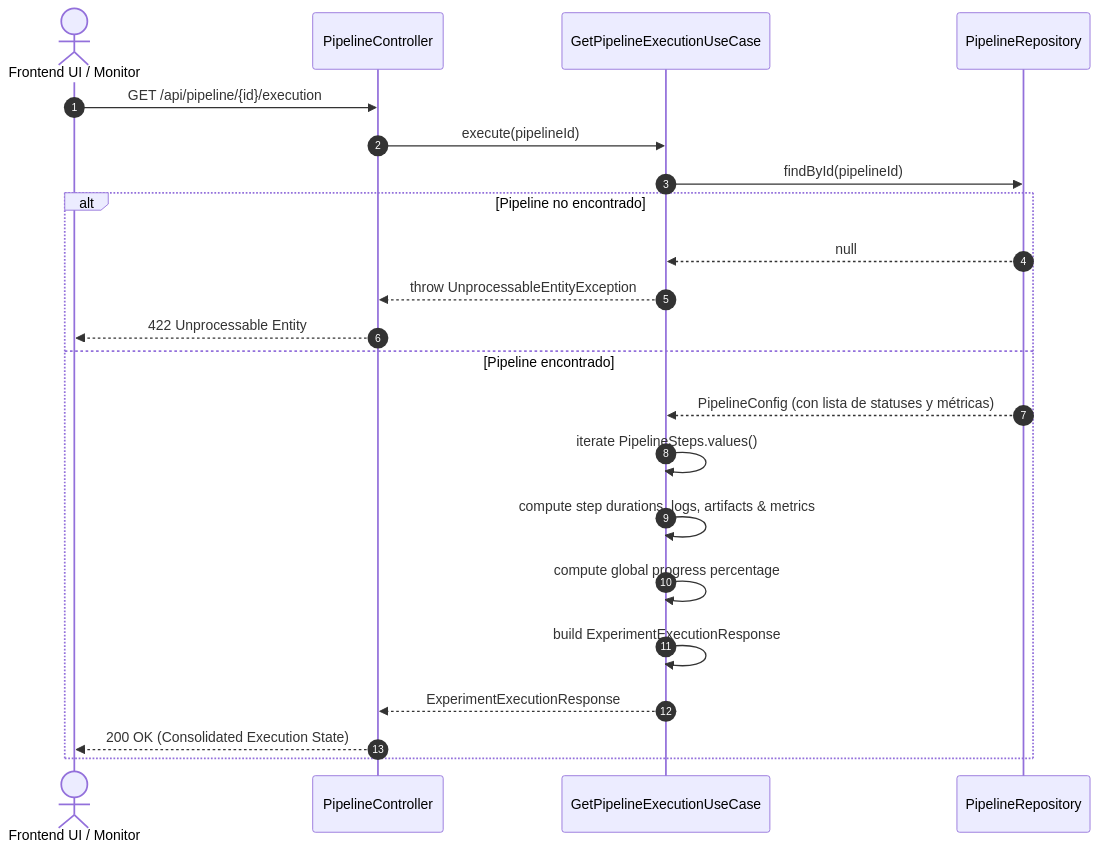
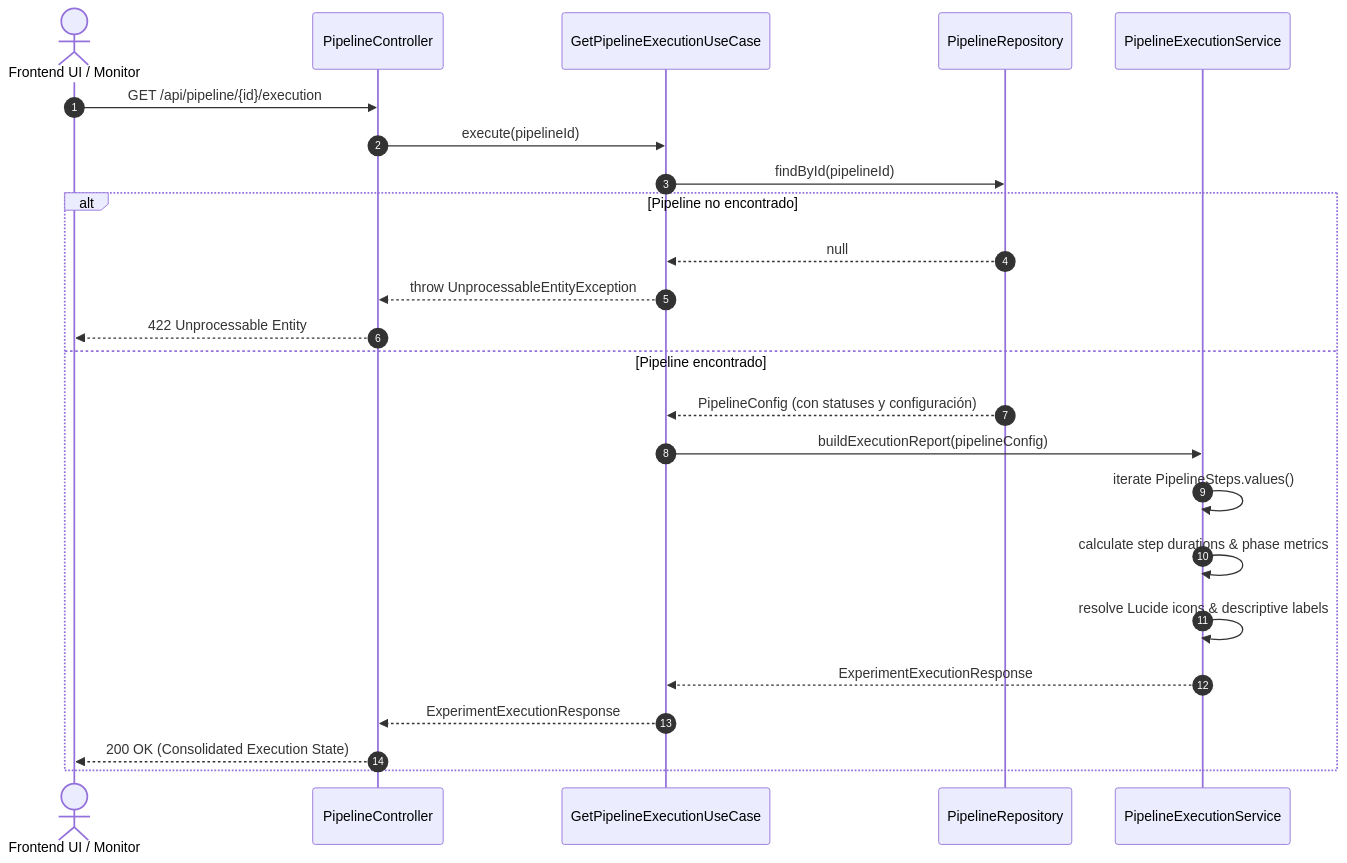
Before and after one commit to Biopatternsg-ms/config-and-control: the diagram in .agents/use_cases/GetPipelineExecutionUseCase.md, drawn with Mermaid. The commit also changed other lines of this file and 30 other files, not shown here.

````diff
--- a/.agents/use_cases/GetPipelineExecutionUseCase.md
+++ b/.agents/use_cases/GetPipelineExecutionUseCase.md
@@ -31,25 +27,27 @@
 ```mermaid
 sequenceDiagram
     autonumber
     actor Frontend as Frontend UI / Monitor
     participant Controller as PipelineController
     participant UseCase as GetPipelineExecutionUseCase
     participant Repo as PipelineRepository
+    participant Service as PipelineExecutionService
 
     Frontend->>Controller: GET /api/pipeline/{id}/execution
     Controller->>UseCase: execute(pipelineId)
     UseCase->>Repo: findById(pipelineId)
     alt Pipeline no encontrado
         Repo-->>UseCase: null
         UseCase-->>Controller: throw UnprocessableEntityException
         Controller-->>Frontend: 422 Unprocessable Entity
     else Pipeline encontrado
-        Repo-->>UseCase: PipelineConfig (con lista de statuses y métricas)
-        UseCase->>UseCase: iterate PipelineSteps.values()
-        UseCase->>UseCase: compute step durations, logs, artifacts & metrics
-        UseCase->>UseCase: compute global progress percentage
-        UseCase->>UseCase: build ExperimentExecutionResponse
+        Repo-->>UseCase: PipelineConfig (con statuses y configuración)
+        UseCase->>Service: buildExecutionReport(pipelineConfig)
+        Service->>Service: iterate PipelineSteps.values()
+        Service->>Service: calculate step durations & phase metrics
+        Service->>Service: resolve Lucide icons & descriptive labels
+        Service-->>UseCase: ExperimentExecutionResponse
         UseCase-->>Controller: ExperimentExecutionResponse
         Controller-->>Frontend: 200 OK (Consolidated Execution State)
     end
 ```
````
